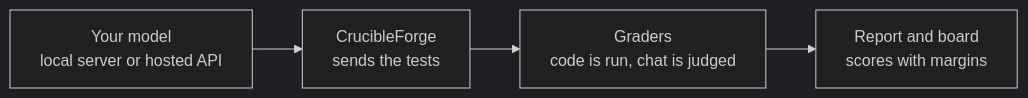
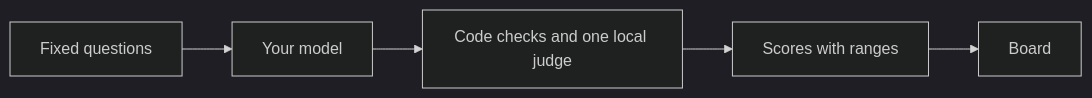
One commit to LaserLloyd/CrucibleForge changed the diagram in README.md. Above: the diagram before and after it, drawn with Mermaid (dark theme). The commit also changed other lines of this file and 442 other files, not shown here.

First line of the commit message:
CrucibleForge 4.5.0

````diff
--- a/README.md
+++ b/README.md
@@ -17,6 +15,4 @@
 ```mermaid
 flowchart LR
-    M["Your model<br/>local server or hosted API"] --> R["CrucibleForge<br/>sends the tests"]
-    R --> G["Graders<br/>code is run, chat is judged"]
-    G --> B["Report and board<br/>scores with margins"]
+    Q["Fixed questions"] --> M["Your model"] --> G["Code checks and one local judge"] --> S["Scores with ranges"] --> B["Board"]
 ```
````
